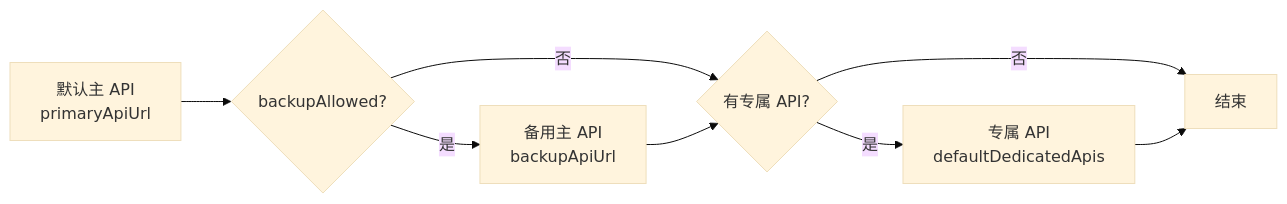
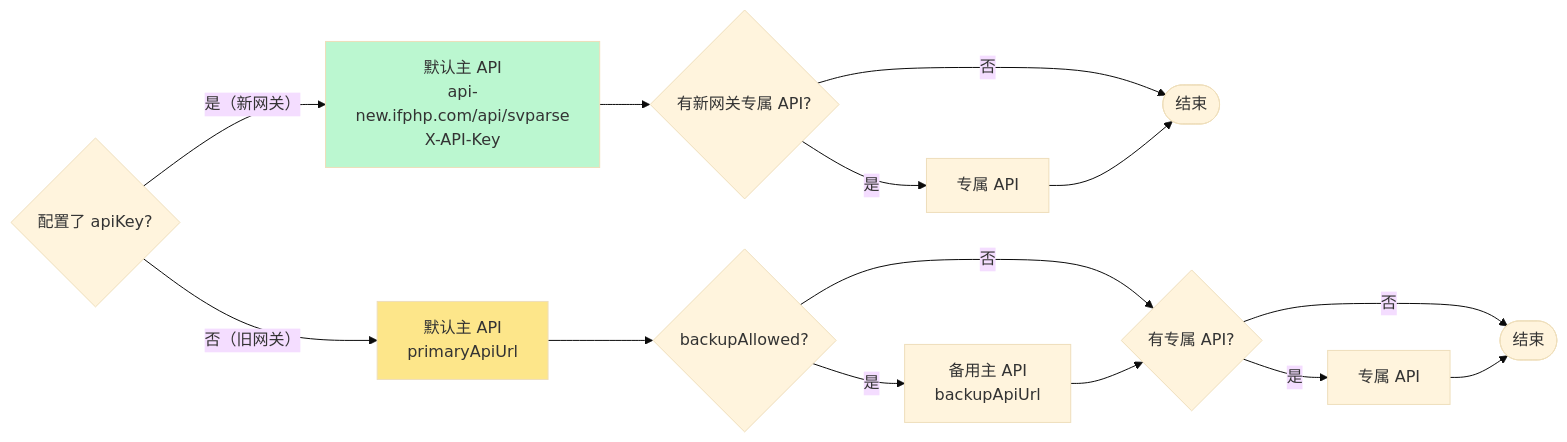
Before and after one commit to char-46/koishi-plugin-video-parser-all: the first of 2 diagrams in docs/platforms/README.md, drawn with Mermaid (base theme). The commit also changed other lines of this file and 29 other files, not shown here.

Commit message:
docs: 修复全部 mermaid 语法错误（40/40 可渲染）；X 数据卡更新至 1.8.5 新结构；图表补充双网关/会话去重/musl 子包/tls-client 等新架构

````diff
--- a/docs/platforms/README.md
+++ b/docs/platforms/README.md
@@ -51,10 +60,21 @@
 ```mermaid
 flowchart LR
-    A[默认主 API<br/>primaryApiUrl] --> B{backupAllowed?}
+    GW{配置了 apiKey?}
+    GW -->|是（新网关）| NA[默认主 API<br/>api-new.ifphp.com/api/svparse<br/>X-API-Key]
+    NA --> ND{有新网关专属 API?}
+    ND -->|是| NE[专属 API]
+    ND -->|否| NEND([结束])
+    NE --> NEND
+
+    GW -->|否（旧网关）| A[默认主 API<br/>primaryApiUrl]
+    A --> B{backupAllowed?}
     B -->|是| C[备用主 API<br/>backupApiUrl]
     B -->|否| D
     C --> D{有专属 API?}
-    D -->|是| E[专属 API<br/>defaultDedicatedApis]
-    D -->|否| F[结束]
+    D -->|是| E[专属 API]
+    D -->|否| F([结束])
     E --> F
+
+    style NA fill:#bbf7d0
+    style A fill:#fde68a
 ```
````
